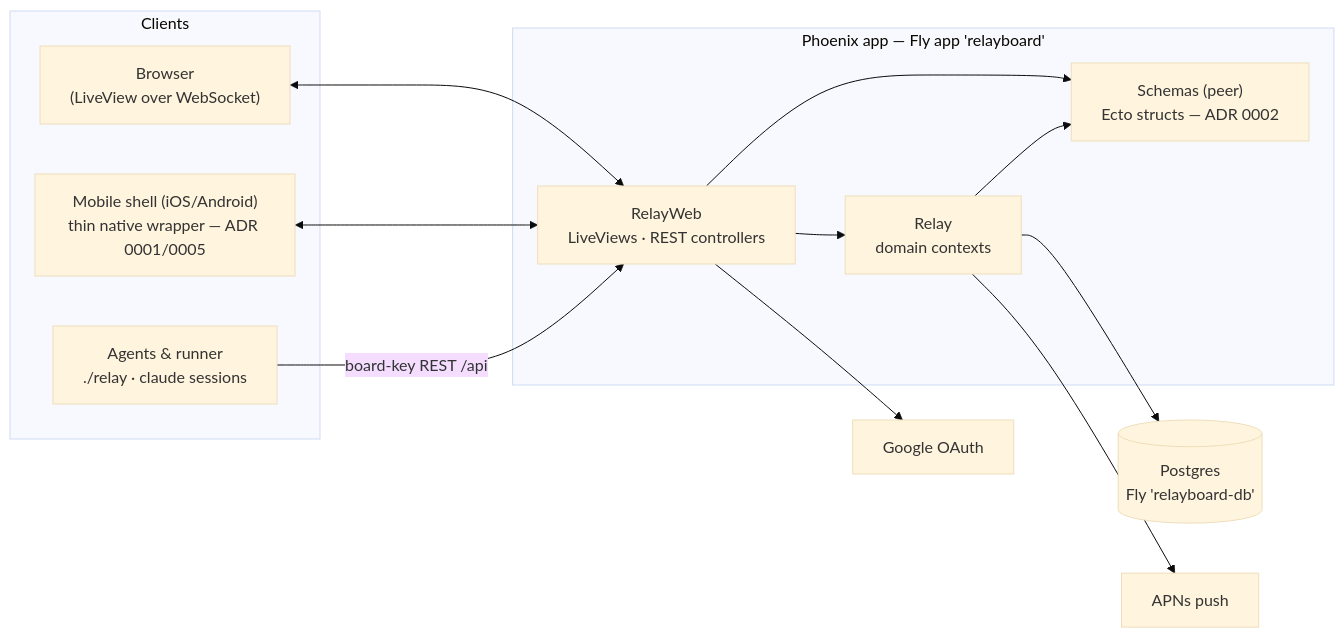
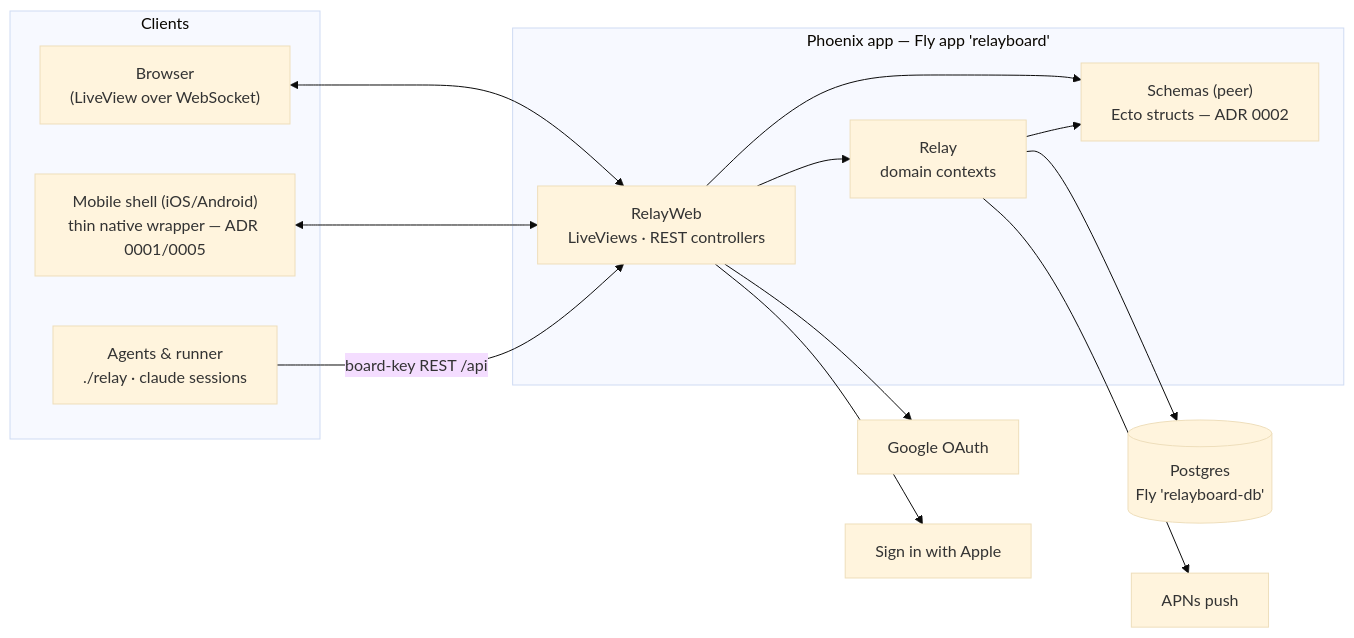
Before and after one commit to jeremylightsmith/relay: the diagram in docs/architecture/README.md, drawn with Mermaid (base theme). The commit also changed 27 other files, not shown here.

First line of the commit message:
re 106 sign in with apple device only (#288)

````diff
--- a/docs/architecture/README.md
+++ b/docs/architecture/README.md
@@ -15,25 +15,27 @@
 ```mermaid
 flowchart LR
     subgraph client["Clients"]
         browser["Browser<br/>(LiveView over WebSocket)"]
         mobile["Mobile shell (iOS/Android)<br/>thin native wrapper — ADR 0001/0005"]
         agents["Agents & runner<br/>./relay · claude sessions"]
     end
     subgraph fly["Phoenix app — Fly app 'relayboard'"]
         web["RelayWeb<br/>LiveViews · REST controllers"]
         domain["Relay<br/>domain contexts"]
         schemas["Schemas (peer)<br/>Ecto structs — ADR 0002"]
         web --> domain
         web --> schemas
         domain --> schemas
     end
     pg[("Postgres<br/>Fly 'relayboard-db'")]
     google["Google OAuth"]
+    apple["Sign in with Apple"]
     apns["APNs push"]
     browser <--> web
     mobile <--> web
     agents -- "board-key REST /api" --> web
     domain --> pg
     web --> google
+    web --> apple
     domain --> apns
 ```
````
